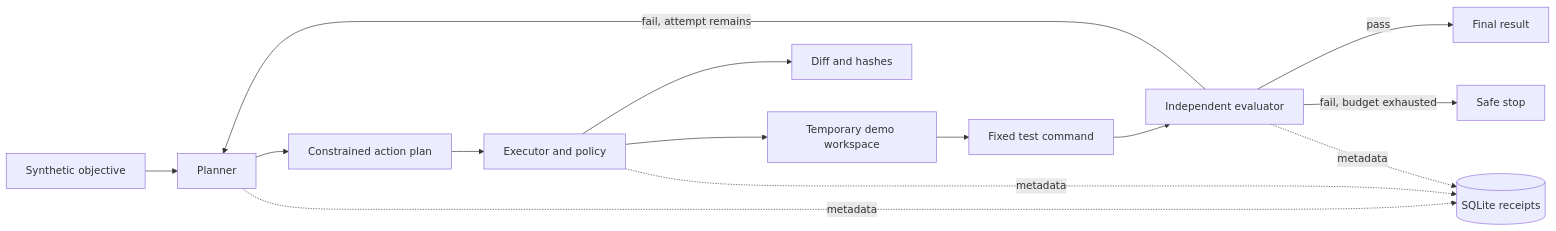
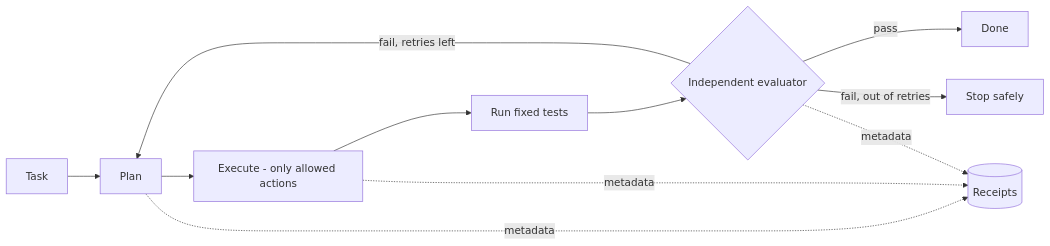
Before and after one commit to perry-is/coral-forge: the diagram in README.md, drawn with Mermaid. The commit also changed other lines of this file and 3 other files, not shown here.

````diff
--- a/README.md
+++ b/README.md
@@ -24,16 +15,13 @@
 ```mermaid
 flowchart LR
-    O[ Synthetic objective ] --> P[ Planner ]
-    P --> C[ Constrained action plan ]
-    C --> X[ Executor and policy ]
-    X --> W[ Temporary demo workspace ]
-    X --> D[ Diff and hashes ]
-    W --> T[ Fixed test command ]
-    T --> E[ Independent evaluator ]
-    E -->|pass| R[ Final result ]
-    E -->|fail, attempt remains| P
-    E -->|fail, budget exhausted| F[ Safe stop ]
-    P -. metadata .-> Q[( SQLite receipts )]
+    O[Task] --> P[Plan]
+    P --> X[Execute - only allowed actions]
+    X --> T[Run fixed tests]
+    T --> E{Independent evaluator}
+    E -->|pass| R[Done]
+    E -->|fail, retries left| P
+    E -->|fail, out of retries| S[Stop safely]
+    P -. metadata .-> Q[(Receipts)]
     X -. metadata .-> Q
     E -. metadata .-> Q
 ```
````
